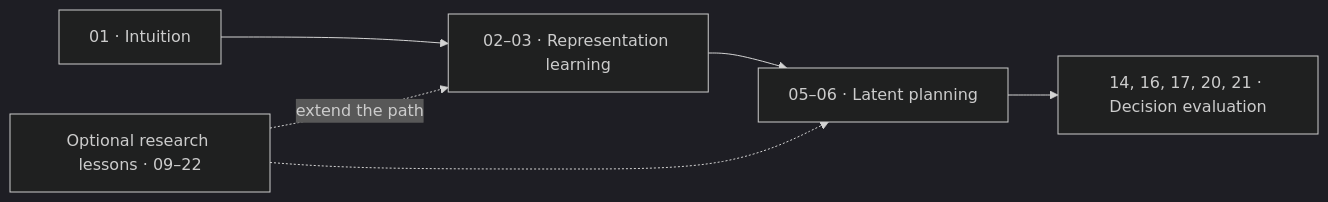
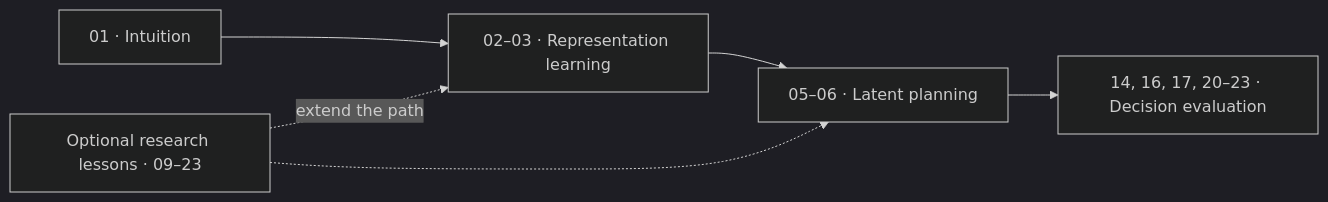
The diagram in README.md (AbstractLogix/jepa-world-models), drawn with Mermaid (dark theme) before and after one commit. The commit also changed other lines of this file and 45 other files, not shown here.

````diff
--- a/README.md
+++ b/README.md
@@ -13,8 +13,8 @@
 ```mermaid
 flowchart LR
     A["01 · Intuition"] --> B["02–03 · Representation learning"]
     B --> C["05–06 · Latent planning"]
-    C --> D["14, 16, 17, 20, 21 · Decision evaluation"]
-    E["Optional research lessons · 09–22"] -. "extend the path" .-> B
+    C --> D["14, 16, 17, 20–23 · Decision evaluation"]
+    E["Optional research lessons · 09–23"] -. "extend the path" .-> B
     E -.-> C
 ```
````
